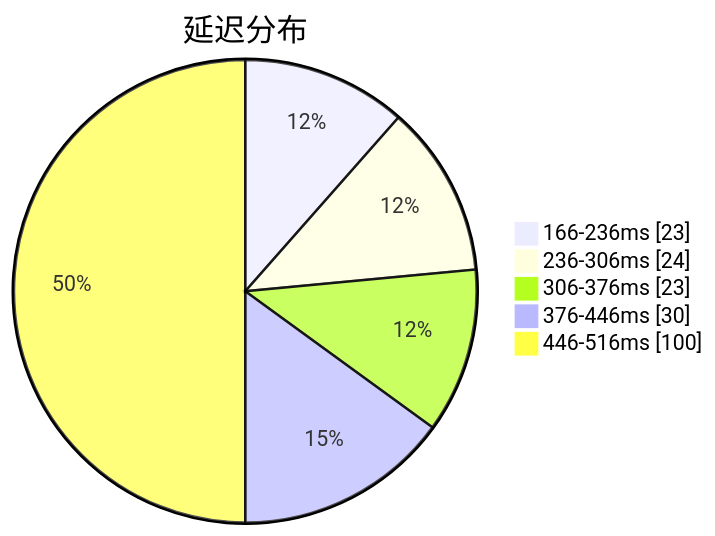
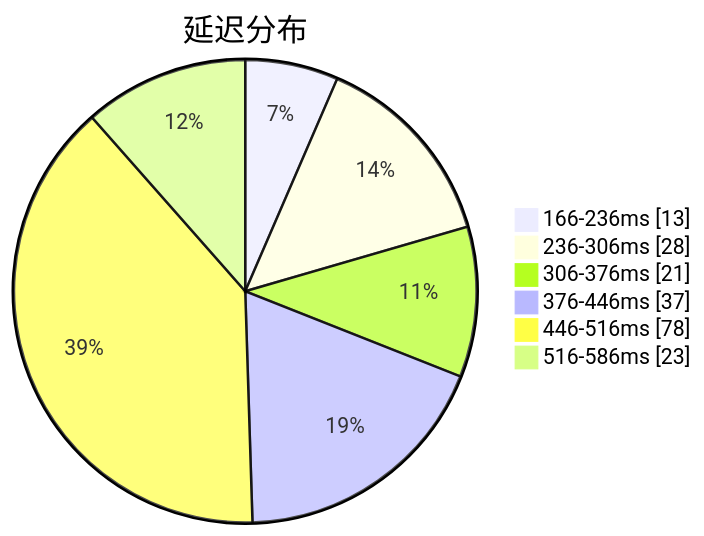
Before and after one commit to qjlxg/airport: the first of 3 diagrams in subs/statistics/tested_within.md, drawn with Mermaid. The commit also changed other lines of this file and 2 other files, not shown here.

````diff
--- a/subs/statistics/tested_within.md
+++ b/subs/statistics/tested_within.md
@@ -2,9 +2,10 @@
 ```mermaid
 pie showData
 title 延迟分布
-"166-236ms" : 23
-"236-306ms" : 24
-"306-376ms" : 23
-"376-446ms" : 30
-"446-516ms" : 100
+"166-236ms" : 13
+"236-306ms" : 28
+"306-376ms" : 21
+"376-446ms" : 37
+"446-516ms" : 78
+"516-586ms" : 23
 ```
````
